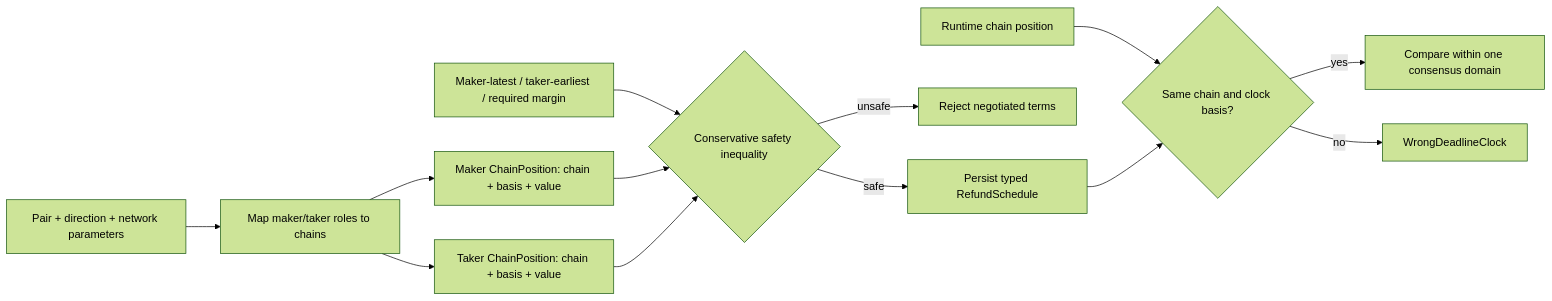
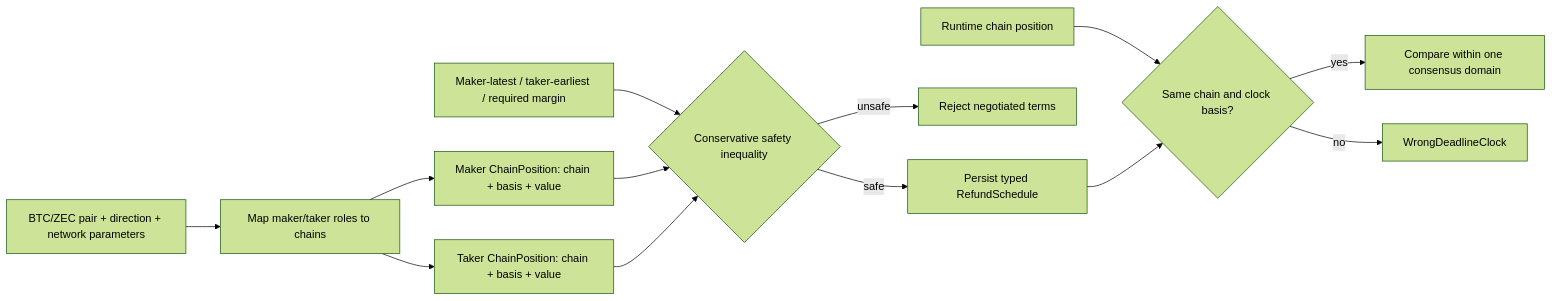
The diagram in docs/architecture/0010-typed-cross-chain-deadlines.md (gateway-fm/lez-atomic-swaps), drawn with Mermaid (forest theme) before and after one commit. The commit also changed other lines of this file and 12 other files, not shown here.

Commit message:
docs: finalize milestone one architecture designs

````diff
--- a/docs/architecture/0010-typed-cross-chain-deadlines.md
+++ b/docs/architecture/0010-typed-cross-chain-deadlines.md
@@ -5,15 +6,15 @@
 ```mermaid
 flowchart LR
-    Terms["Pair + direction + network parameters"] --> Map["Map maker/taker roles to chains"]
+    Terms["BTC/ZEC pair + direction + network parameters"] --> Map["Map maker/taker roles to chains"]
     Map --> Maker["Maker ChainPosition: chain + basis + value"]
     Map --> Taker["Taker ChainPosition: chain + basis + value"]
     Bounds["Maker-latest / taker-earliest / required margin"] --> Check{"Conservative safety inequality"}
     Maker --> Check
     Taker --> Check
     Check -->|"safe"| Schedule["Persist typed RefundSchedule"]
     Check -->|"unsafe"| Reject["Reject negotiated terms"]
     Observation["Runtime chain position"] --> Domain{"Same chain and clock basis?"}
     Schedule --> Domain
     Domain -->|"yes"| Compare["Compare within one consensus domain"]
     Domain -->|"no"| ClockError["WrongDeadlineClock"]
 ```
````
